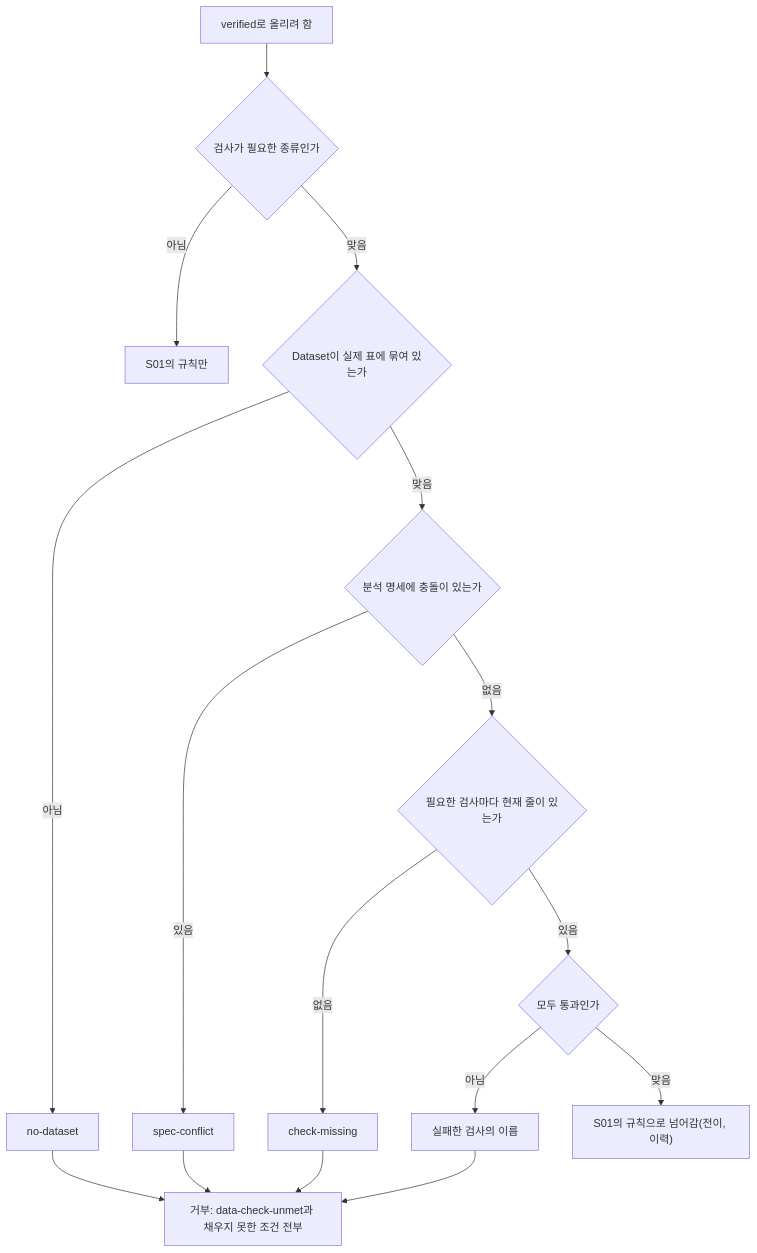
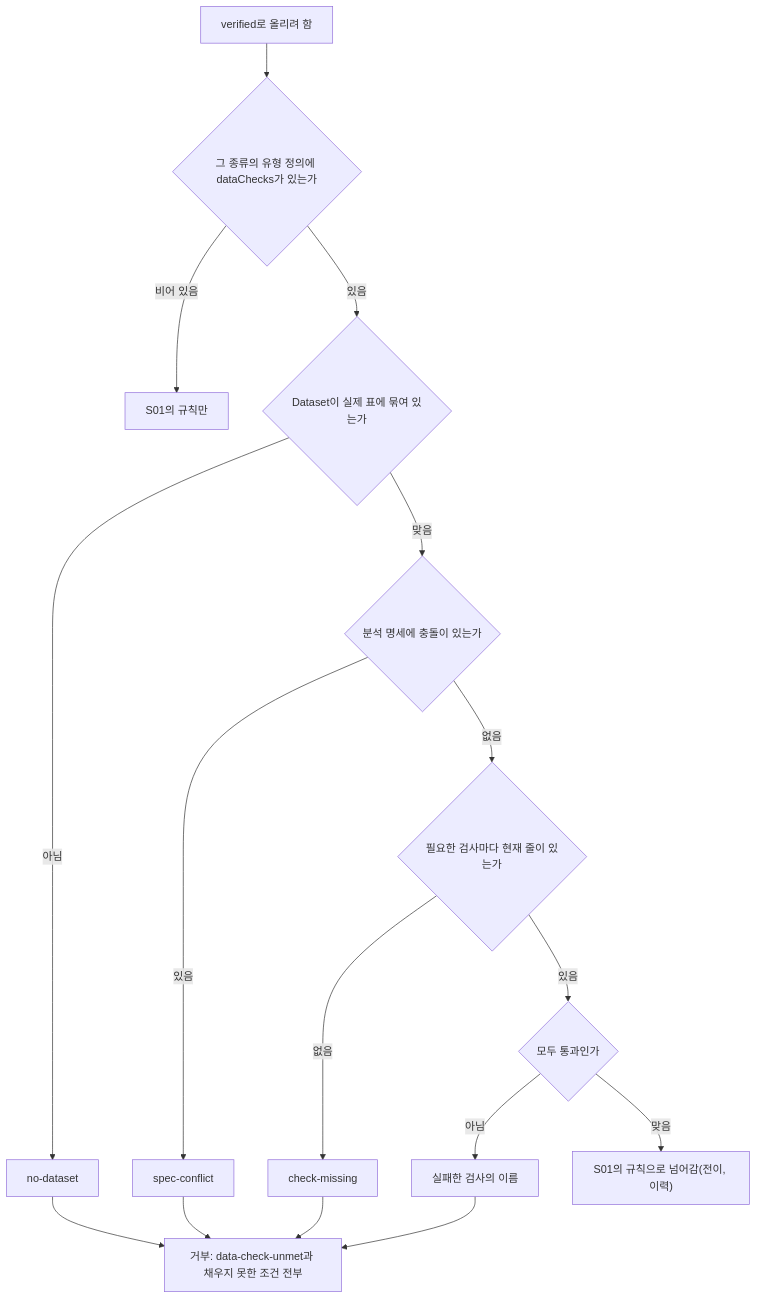
The third of 4 diagrams in docs/specs/2026-11-22-S03-analytical-semantic.md (nohdol97/PKI), drawn with Mermaid before and after one commit. The commit also changed other lines of this file, not shown here.

````diff
--- a/docs/specs/2026-11-22-S03-analytical-semantic.md
+++ b/docs/specs/2026-11-22-S03-analytical-semantic.md
@@ -342,18 +383,18 @@
 ```mermaid
 flowchart TD
-  A["verified로 올리려 함"] --> K{"검사가 필요한 종류인가"}
-  K -- "아님" --> S01["S01의 규칙만"]
-  K -- "맞음" --> D{"Dataset이 실제 표에 묶여 있는가"}
+  A["verified로 올리려 함"] --> K{"그 종류의 유형 정의에 dataChecks가 있는가"}
+  K -- "비어 있음" --> S01["S01의 규칙만"]
+  K -- "있음" --> D{"Dataset이 실제 표에 묶여 있는가"}
   D -- "아님" --> U1["no-dataset"]
   D -- "맞음" --> C{"분석 명세에 충돌이 있는가"}
   C -- "있음" --> U2["spec-conflict"]
   C -- "없음" --> M{"필요한 검사마다 현재 줄이 있는가"}
   M -- "없음" --> U3["check-missing"]
   M -- "있음" --> P{"모두 통과인가"}
   P -- "아님" --> U4["실패한 검사의 이름"]
   P -- "맞음" --> OK["S01의 규칙으로 넘어감(전이, 이력)"]
   U1 --> REF["거부: data-check-unmet과 채우지 못한 조건 전부"]
   U2 --> REF
   U3 --> REF
   U4 --> REF
 ```
````
